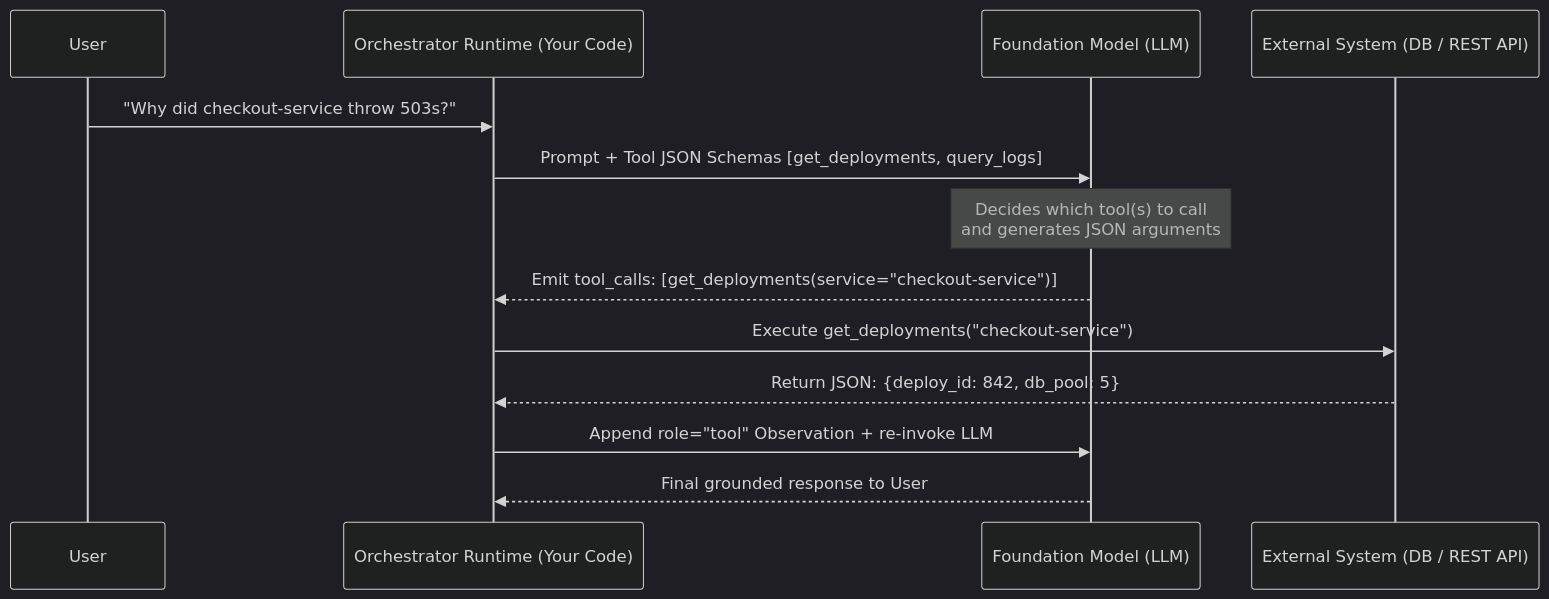
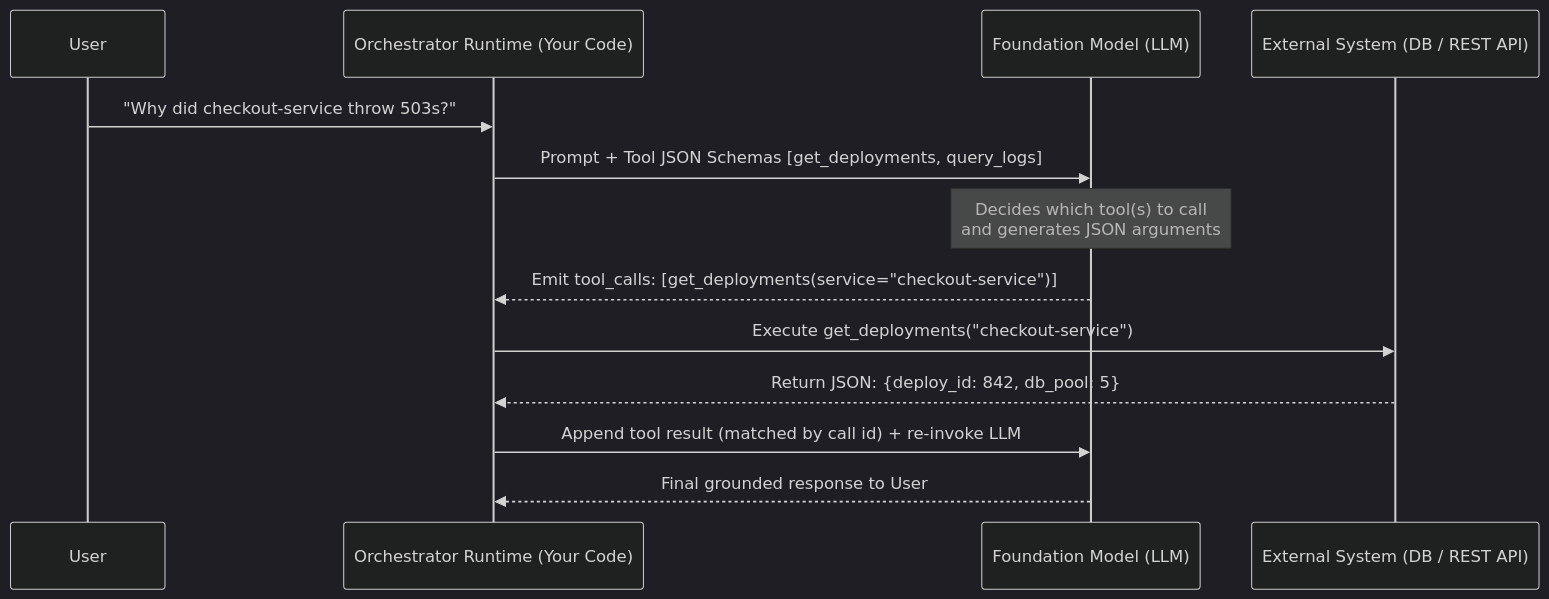
Before and after one commit to Rajdipc/agentic-ai-orchestration-patterns: the first of 3 diagrams in chapter-06-tool-calling-and-action-engineering.md, drawn with Mermaid (dark theme). The commit also changed other lines of this file and 18 other files, not shown here.

````diff
--- a/chapter-06-tool-calling-and-action-engineering.md
+++ b/chapter-06-tool-calling-and-action-engineering.md
@@ -23,16 +23,16 @@
 ```mermaid
 sequenceDiagram
     participant User
     participant App as Orchestrator Runtime (Your Code)
     participant LLM as Foundation Model (LLM)
     participant API as External System (DB / REST API)
 
     User->>App: "Why did checkout-service throw 503s?"
     App->>LLM: Prompt + Tool JSON Schemas [get_deployments, query_logs]
     Note over LLM: Decides which tool(s) to call<br/>and generates JSON arguments
     LLM-->>App: Emit tool_calls: [get_deployments(service="checkout-service")]
     App->>API: Execute get_deployments("checkout-service")
     API-->>App: Return JSON: {deploy_id: 842, db_pool: 5}
-    App->>LLM: Append role="tool" Observation + re-invoke LLM
+    App->>LLM: Append tool result (matched by call id) + re-invoke LLM
     LLM-->>App: Final grounded response to User
 ```
````
